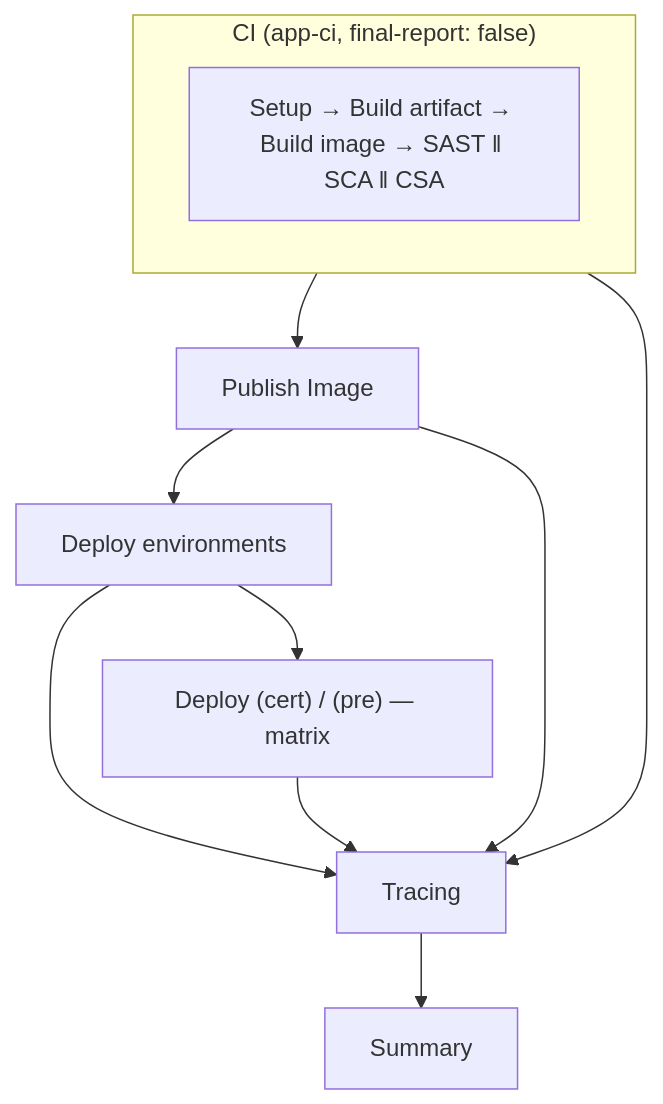
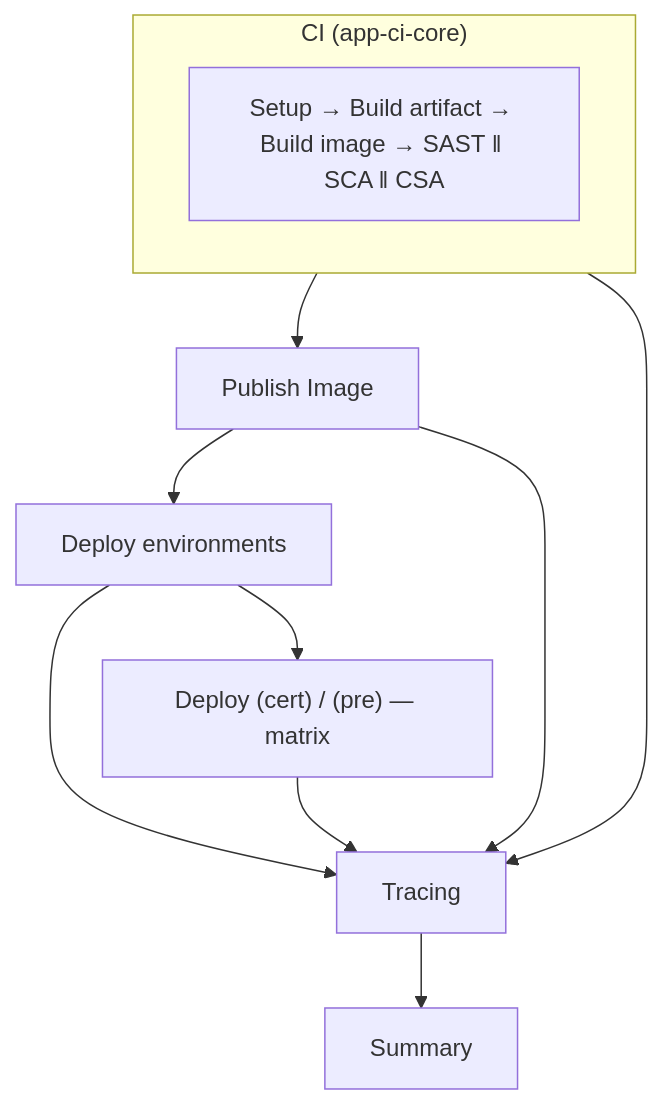
The third of 11 diagrams in docs/flows.md (progmise/reusable-workflows), drawn with Mermaid before and after one commit. The commit also changed other lines of this file and 9 other files, not shown here.

````diff
--- a/docs/flows.md
+++ b/docs/flows.md
@@ -86,14 +87,14 @@
 ```mermaid
 flowchart TD
-    subgraph CI["CI (app-ci, final-report: false)"]
+    subgraph CI["CI (app-ci-core)"]
         C1[Setup → Build artifact → Build image → SAST ‖ SCA ‖ CSA]
     end
     CI --> P[Publish Image]
     P --> DE[Deploy environments]
     DE --> D["Deploy (cert) / (pre) — matrix"]
     DE --> T[Tracing]
     D --> T
     CI --> T
     P --> T
     T --> SUM[Summary]
 ```
````
